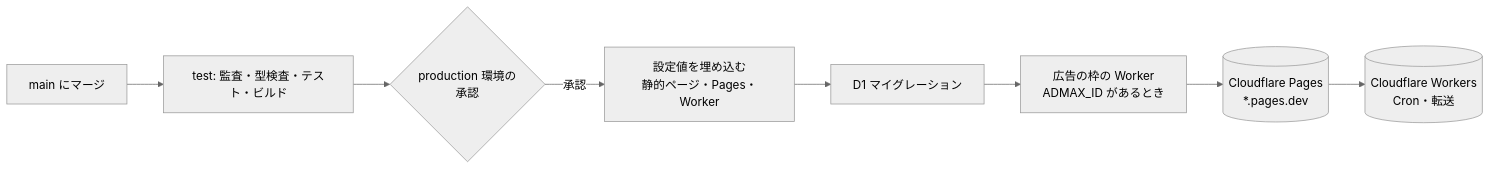
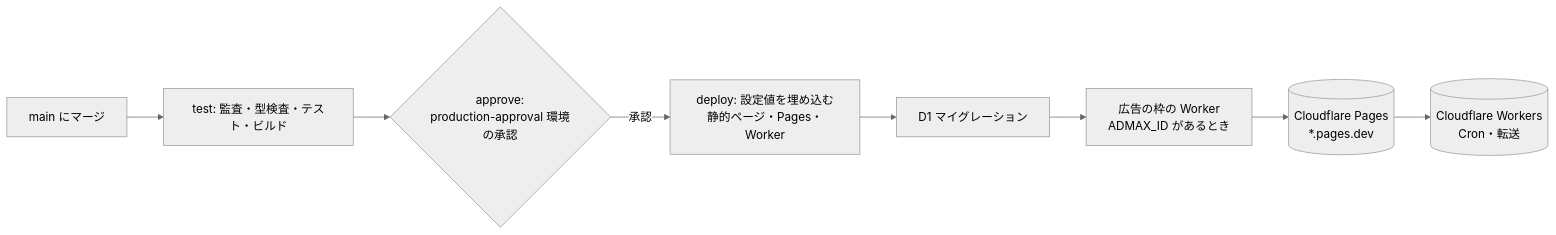
Before and after one commit to etlit-r/DIscheduler: the fifth of 5 diagrams in docs/design.md, drawn with Mermaid (neutral theme). The commit also changed other lines of this file and 3 other files, not shown here.

````diff
--- a/docs/design.md
+++ b/docs/design.md
@@ -1250,10 +1250,10 @@
 ```mermaid
 flowchart LR
   M[main にマージ] --> T[test: 監査・型検査・テスト・ビルド]
-  T --> A{production 環境の<br/>承認}
-  A -- 承認 --> R[設定値を埋め込む<br/>静的ページ・Pages・Worker]
+  T --> A{approve:<br/>production-approval 環境の承認}
+  A -- 承認 --> R[deploy: 設定値を埋め込む<br/>静的ページ・Pages・Worker]
   R --> MG[D1 マイグレーション]
   MG --> AD[広告の枠の Worker<br/>ADMAX_ID があるとき]
   AD --> P[(Cloudflare Pages<br/>*.pages.dev)]
   P --> W[(Cloudflare Workers<br/>Cron・転送)]
 ```
````
